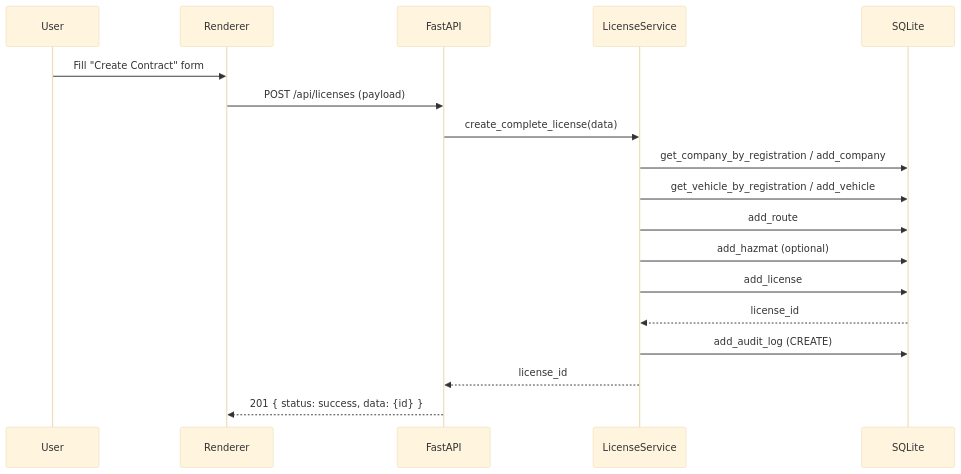
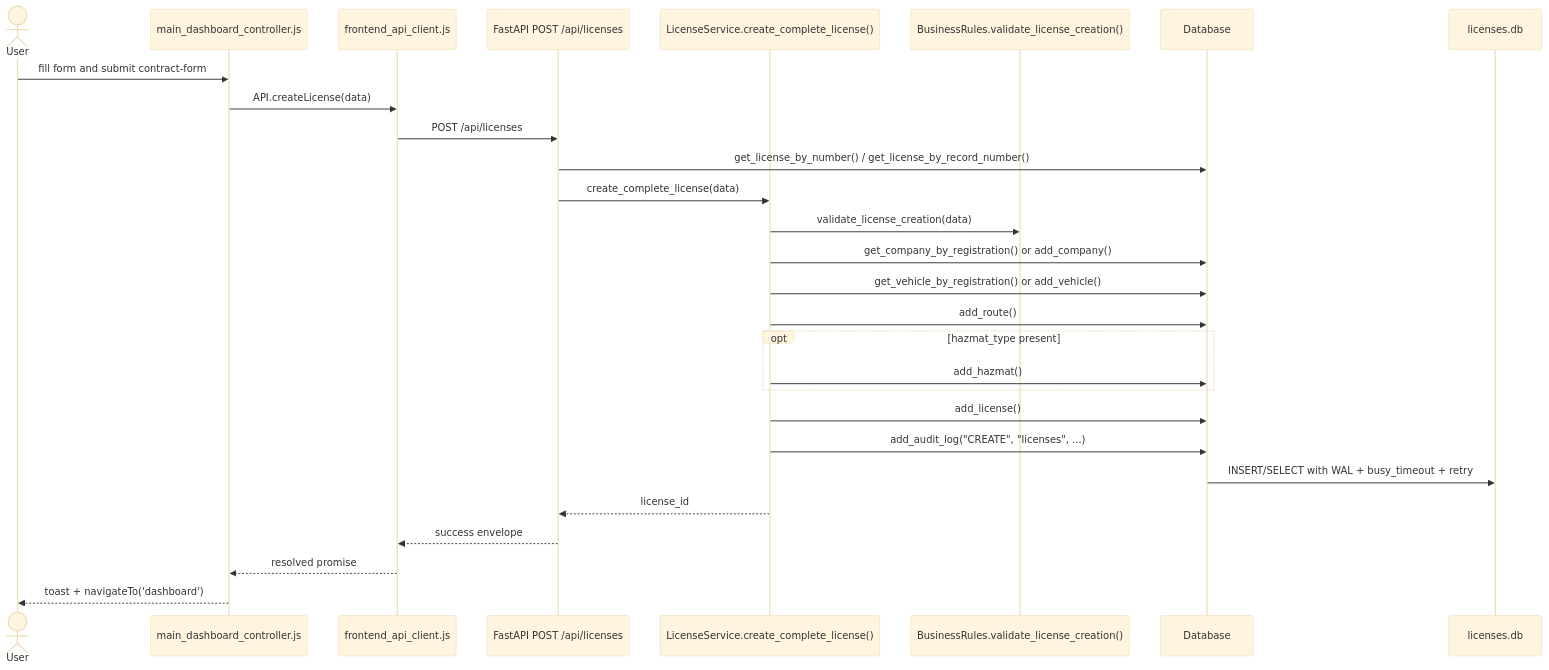
One commit to raouf-bendahmouche/hazmate changed the diagram in docs/diagrams/sequence_contract_creation.mmd. Above: the diagram before and after it, drawn with Mermaid (base theme). The commit also changed 38 other files, not shown here.

Commit message:
login and diagrammes

```diff
--- a/docs/diagrams/sequence_contract_creation.mmd
+++ b/docs/diagrams/sequence_contract_creation.mmd
@@ -1,18 +1,29 @@
 sequenceDiagram
-    participant User
-    participant UI as Renderer
-    participant API as FastAPI
-    participant Service as LicenseService
-    participant DB as SQLite
-    User->>UI: Fill "Create Contract" form
-    UI->>API: POST /api/licenses (payload)
+    actor User
+    participant UI as main_dashboard_controller.js
+    participant Client as frontend_api_client.js
+    participant API as FastAPI POST /api/licenses
+    participant Service as LicenseService.create_complete_license()
+    participant Rules as BusinessRules.validate_license_creation()
+    participant DB as Database
+    participant SQLite as licenses.db
+
+    User->>UI: fill form and submit contract-form
+    UI->>Client: API.createLicense(data)
+    Client->>API: POST /api/licenses
+    API->>DB: get_license_by_number() / get_license_by_record_number()
     API->>Service: create_complete_license(data)
-    Service->>DB: get_company_by_registration / add_company
-    Service->>DB: get_vehicle_by_registration / add_vehicle
-    Service->>DB: add_route
-    Service->>DB: add_hazmat (optional)
-    Service->>DB: add_license
-    DB-->>Service: license_id
-    Service->>DB: add_audit_log (CREATE)
+    Service->>Rules: validate_license_creation(data)
+    Service->>DB: get_company_by_registration() or add_company()
+    Service->>DB: get_vehicle_by_registration() or add_vehicle()
+    Service->>DB: add_route()
+    opt hazmat_type present
+        Service->>DB: add_hazmat()
+    end
+    Service->>DB: add_license()
+    Service->>DB: add_audit_log("CREATE", "licenses", ...)
+    DB->>SQLite: INSERT/SELECT with WAL + busy_timeout + retry
     Service-->>API: license_id
-    API-->>UI: 201 { status: success, data: {id} }
+    API-->>Client: success envelope
+    Client-->>UI: resolved promise
+    UI-->>User: toast + navigateTo('dashboard')
```
